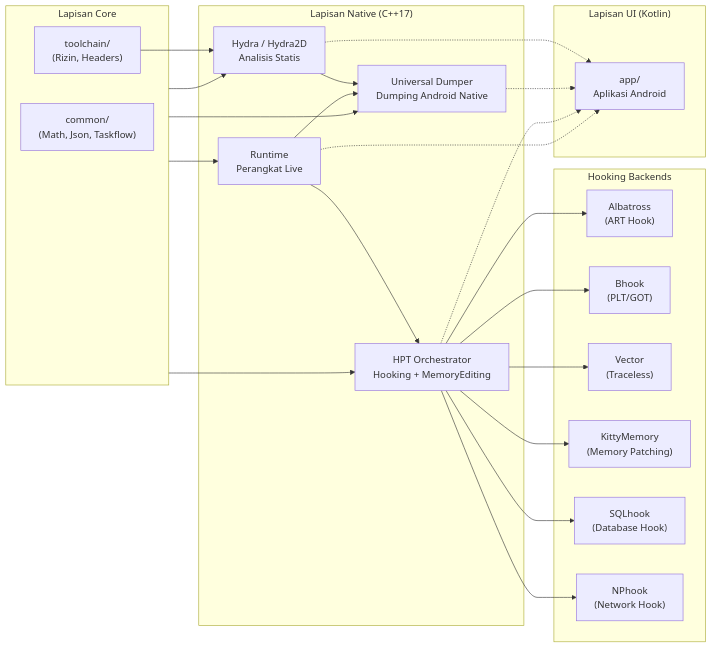
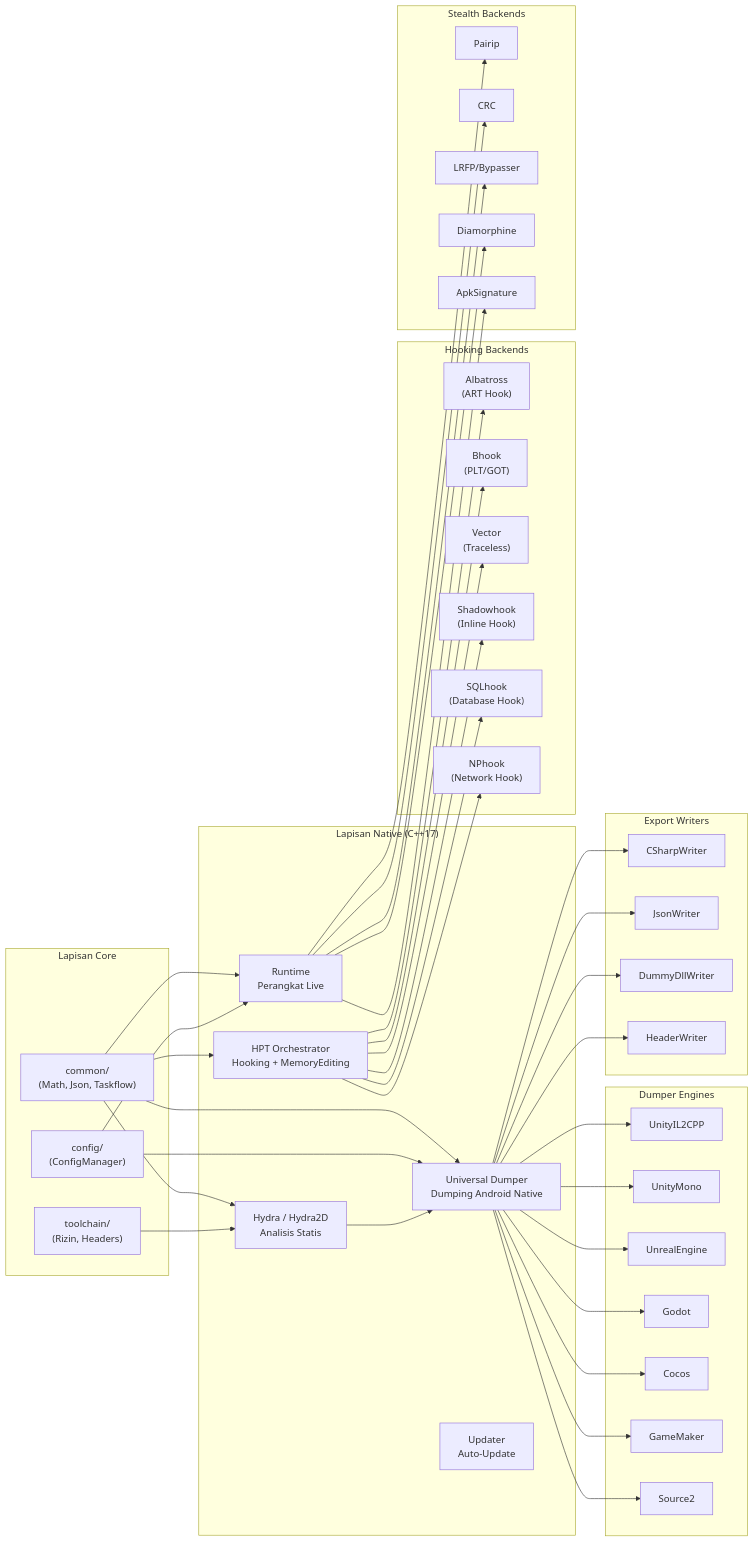
The second of 2 diagrams in README.md (CicakDroid/OmniByte), drawn with Mermaid before and after one commit. The commit also changed other lines of this file and 4 other files, not shown here.

````diff
--- a/README.md
+++ b/README.md
@@ -267,48 +381,99 @@
 ```mermaid
 flowchart LR
     subgraph CORE["Lapisan Core"]
-        COMMON["common/\n(Math, Json, Taskflow)"]
-        TOOLCHAIN["toolchain/\n(Rizin, Headers)"]
+        COMMON["common/
+(Math, Json, Taskflow)"]
+        TOOLCHAIN["toolchain/
+(Rizin, Headers)"]
+        CFM["config/
+(ConfigManager)"]
     end
 
     subgraph NATIVE["Lapisan Native (C++17)"]
-        HYDRA["Hydra / Hydra2D\nAnalisis Statis"]
-        DUMPER["Universal Dumper\nDumping Android Native"]
-        HPT["HPT Orchestrator\nHooking + MemoryEditing"]
-        RUNTIME["Runtime\nPerangkat Live"]
+        HYDRA["Hydra / Hydra2D
+Analisis Statis"]
+        DUMPER["Universal Dumper
+Dumping Android Native"]
+        HPT["HPT Orchestrator
+Hooking + MemoryEditing"]
+        RUNTIME["Runtime
+Perangkat Live"]
+        UPDATER["Updater
+Auto-Update"]
     end
 
     subgraph HOOKS["Hooking Backends"]
-        HK_ART["Albatross\n(ART Hook)"]
-        HK_BHK["Bhook\n(PLT/GOT)"]
-        HK_VEC["Vector\n(Traceless)"]
-        HK_KIT["KittyMemory\n(Memory Patching)"]
-        HK_SQL["SQLhook\n(Database Hook)"]
-        HK_NP["NPhook\n(Network Hook)"]
+        HK_ART["Albatross
+(ART Hook)"]
+        HK_BHK["Bhook
+(PLT/GOT)"]
+        HK_VEC["Vector
+(Traceless)"]
+        HK_SHD["Shadowhook
+(Inline Hook)"]
+        HK_SQL["SQLhook
+(Database Hook)"]
+        HK_NP["NPhook
+(Network Hook)"]
     end
 
-    subgraph UI["Lapisan UI (Kotlin)"]
-        APP["app/\nAplikasi Android"]
+    subgraph DUMP_ENGINES["Dumper Engines"]
+        DE_UIL["UnityIL2CPP"]
+        DE_UM["UnityMono"]
+        DE_UNR["UnrealEngine"]
+        DE_GD["Godot"]
+        DE_CC["Cocos"]
+        DE_GM["GameMaker"]
+        DE_S2["Source2"]
     end
 
-    CORE --> HYDRA
-    CORE --> DUMPER
-    CORE --> HPT
-    CORE --> RUNTIME
+    subgraph STEALTH["Stealth Backends"]
+        ZZ_PAIR["Pairip"]
+        ZZ_CRC["CRC"]
+        ZZ_LRFP["LRFP/Bypasser"]
+        ZZ_DIAM["Diamorphine"]
+        ZZ_APK["ApkSignature"]
+    end
+
+    subgraph WRITERS["Export Writers"]
+        W_CS["CSharpWriter"]
+        W_JSON["JsonWriter"]
+        W_DLL["DummyDllWriter"]
+        W_HDR["HeaderWriter"]
+    end
+
+    COMMON --> HYDRA
+    COMMON --> DUMPER
+    COMMON --> HPT
+    COMMON --> RUNTIME
     TOOLCHAIN --> HYDRA
+    CFM --> RUNTIME
+    CFM --> DUMPER
 
     HYDRA --> DUMPER
-    RUNTIME --> DUMPER
-    RUNTIME --> HPT
+    DUMPER --> W_CS
+    DUMPER --> W_JSON
+    DUMPER --> W_DLL
+    DUMPER --> W_HDR
+
     HPT --> HK_ART
     HPT --> HK_BHK
     HPT --> HK_VEC
-    HPT --> HK_KIT
+    HPT --> HK_SHD
     HPT --> HK_SQL
     HPT --> HK_NP
 
-    HYDRA -.-> APP
-    DUMPER -.-> APP
-    HPT -.-> APP
-    RUNTIME -.-> APP
+    DUMPER --> DE_UIL
+    DUMPER --> DE_UM
+    DUMPER --> DE_UNR
+    DUMPER --> DE_GD
+    DUMPER --> DE_CC
+    DUMPER --> DE_GM
+    DUMPER --> DE_S2
+
+    RUNTIME --> ZZ_PAIR
+    RUNTIME --> ZZ_CRC
+    RUNTIME --> ZZ_LRFP
+    RUNTIME --> ZZ_DIAM
+    RUNTIME --> ZZ_APK
 ```
````
